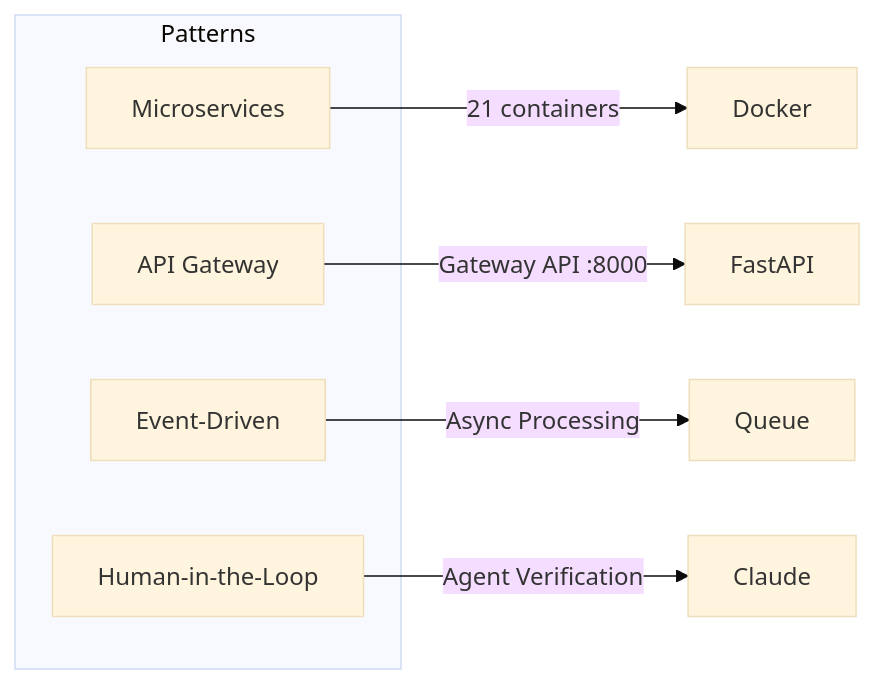
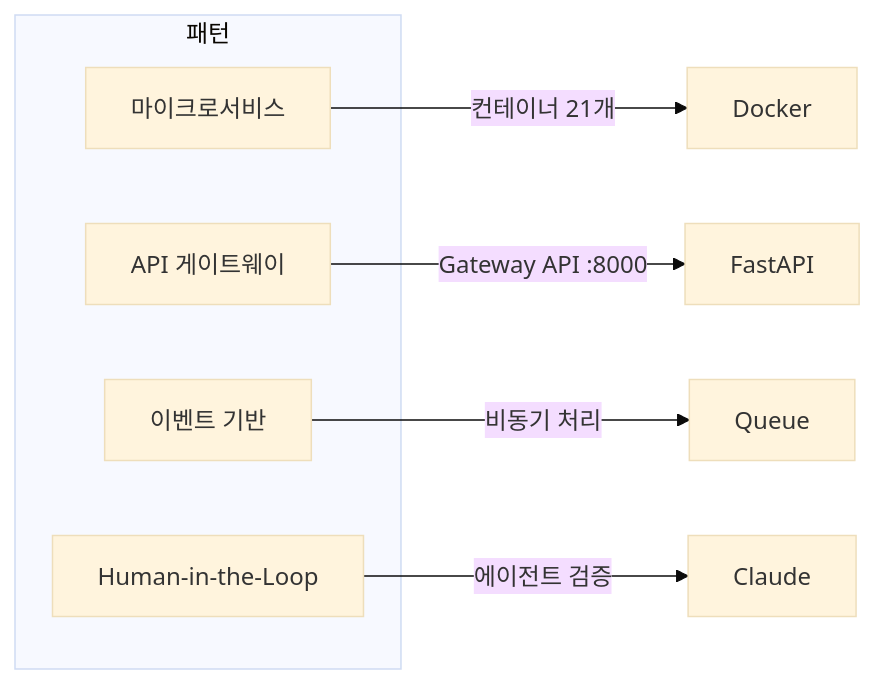
Before and after one commit to uprootai/AX_OCR: the diagram in docs-site/docs/system-overview/tech-stack.md, drawn with Mermaid (base theme). The commit also changed other lines of this file and 64 other files, not shown here.

````diff
--- a/docs-site/docs/system-overview/tech-stack.md
+++ b/docs-site/docs/system-overview/tech-stack.md
@@ -57,14 +57,14 @@
 ```mermaid
 flowchart LR
-    subgraph Patterns
-        MS["Microservices"]
-        GW["API Gateway"]
-        CQRS["Event-Driven"]
+    subgraph 패턴
+        MS["마이크로서비스"]
+        GW["API 게이트웨이"]
+        CQRS["이벤트 기반"]
         HITL["Human-in-the-Loop"]
     end
 
-    MS --> |"21 containers"| Docker
+    MS --> |"컨테이너 21개"| Docker
     GW --> |"Gateway API :8000"| FastAPI
-    CQRS --> |"Async Processing"| Queue
-    HITL --> |"Agent Verification"| Claude
+    CQRS --> |"비동기 처리"| Queue
+    HITL --> |"에이전트 검증"| Claude
 ```
````
